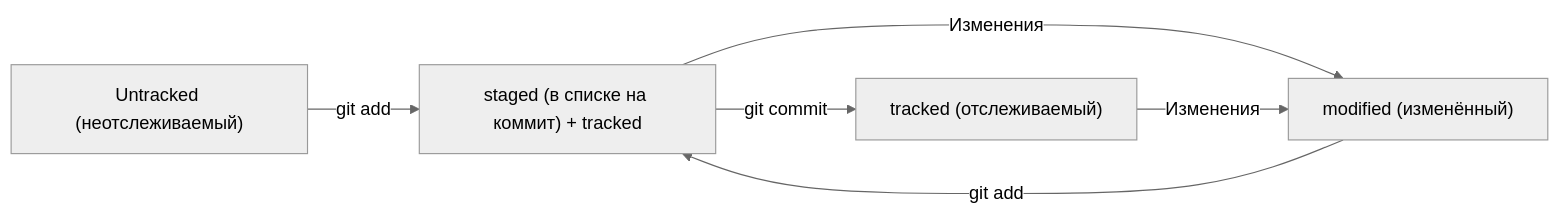
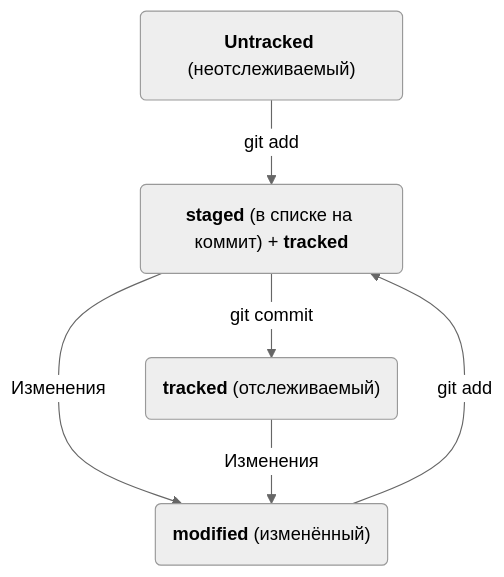
One commit to geparrrd/git_manual changed the diagram in readme.md. Above: the diagram before and after it, drawn with Mermaid (neutral theme). The commit also changed other lines of this file, not shown here.

Commit message:
Добавить параграф с оформлением сообщений к коммитам

````diff
--- a/readme.md
+++ b/readme.md
@@ -195,8 +195,8 @@
 ```mermaid
-flowchart LR;
-	D["Untracked (неотслеживаемый)"] -- "git add" --> A["staged (в списке на коммит) + tracked"];
-	A -- "Изменения" --> B["modified (изменённый)"];
-	A -- "git commit" --> C["tracked (отслеживаемый)"];
+flowchart TD;
+	D("`**Untracked** (неотслеживаемый)`") -- "git add" --> A("`**staged** (в списке на коммит) + **tracked**`");
+	A -- "Изменения" --> B("`**modified** (изменённый)`");
+	A -- "git commit" --> C("`**tracked** (отслеживаемый)`");
 	C -- "Изменения" --> B;
 	B -- "git add" --> A;
 ```
````
